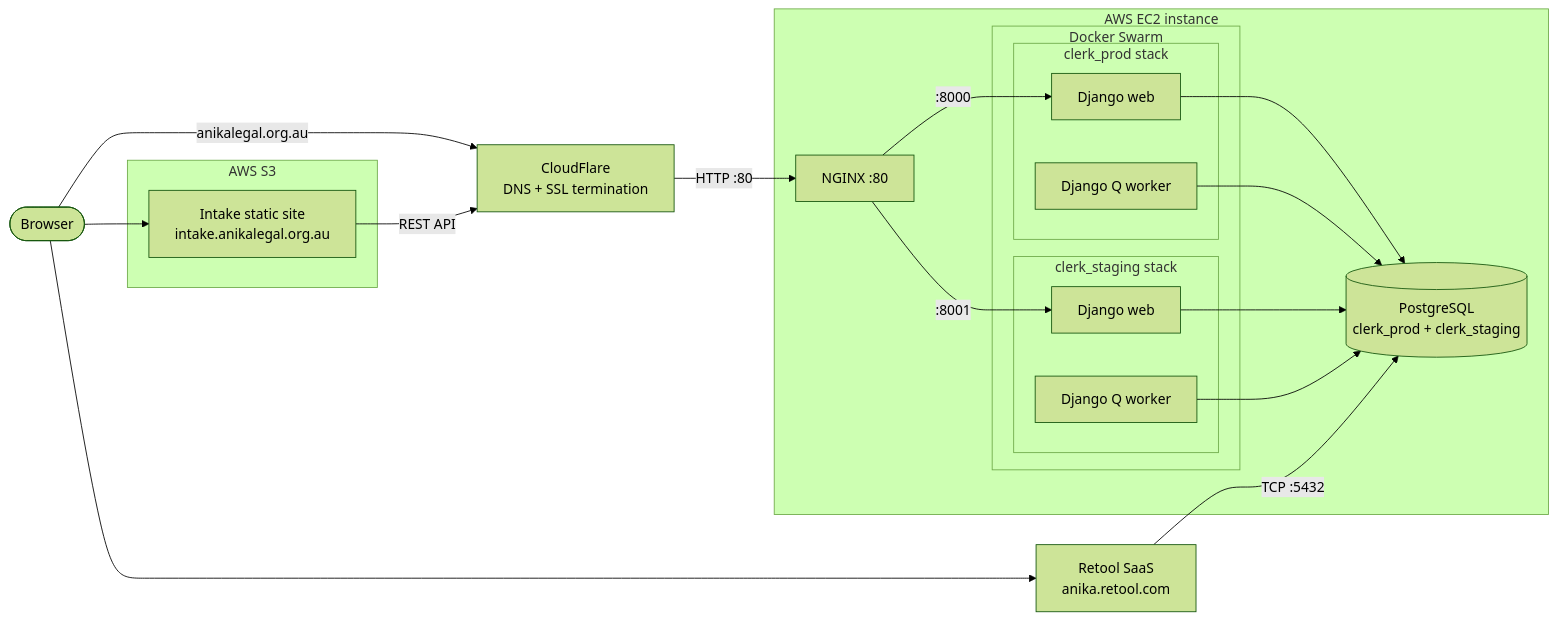
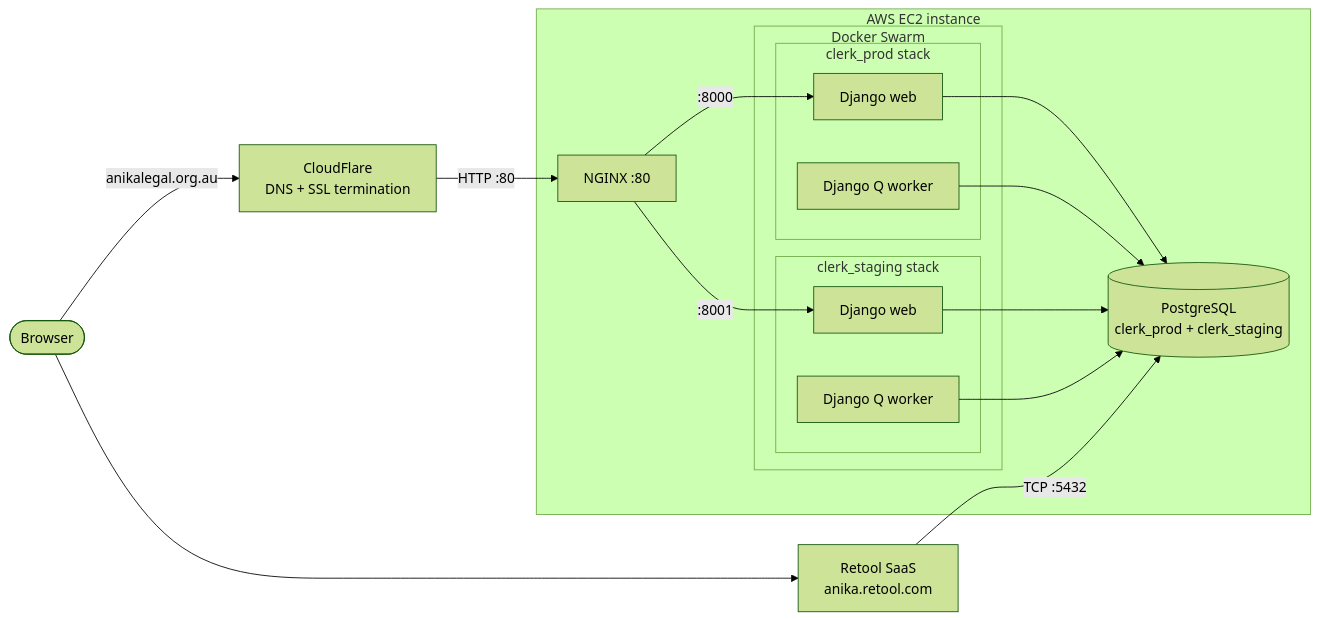
The diagram in docs/infra.md (AnikaLegal/clerk), drawn with Mermaid (forest theme) before and after one commit. The commit also changed other lines of this file and 1 other file, not shown here.

First line of the commit message:
docs: serve the intake form in-app at /intake/ instead of S3

````diff
--- a/docs/infra.md
+++ b/docs/infra.md
@@ -7,39 +7,33 @@
 ```mermaid
 flowchart LR
     user([Browser])
     retool["Retool SaaS<br>anika.retool.com"]
-
-    subgraph s3["AWS S3"]
-        intake["Intake static site<br>intake.anikalegal.org.au"]
-    end
 
     cloudflare["CloudFlare<br>DNS + SSL termination"]
 
     subgraph ec2["AWS EC2 instance"]
         nginx["NGINX :80"]
         subgraph swarm["Docker Swarm"]
             subgraph stack_prod["clerk_prod stack"]
                 web_prod["Django web"]
                 worker_prod["Django Q worker"]
             end
             subgraph stack_staging["clerk_staging stack"]
                 web_staging["Django web"]
                 worker_staging["Django Q worker"]
             end
         end
         postgres[("PostgreSQL<br>clerk_prod + clerk_staging")]
     end
 
     user -->|"anikalegal.org.au"| cloudflare
-    user --> intake
     user --> retool
-    intake -->|"REST API"| cloudflare
     cloudflare -->|"HTTP :80"| nginx
     nginx -->|":8000"| web_prod
     nginx -->|":8001"| web_staging
     web_prod --> postgres
     worker_prod --> postgres
     web_staging --> postgres
     worker_staging --> postgres
     retool -->|"TCP :5432"| postgres
 ```
````
